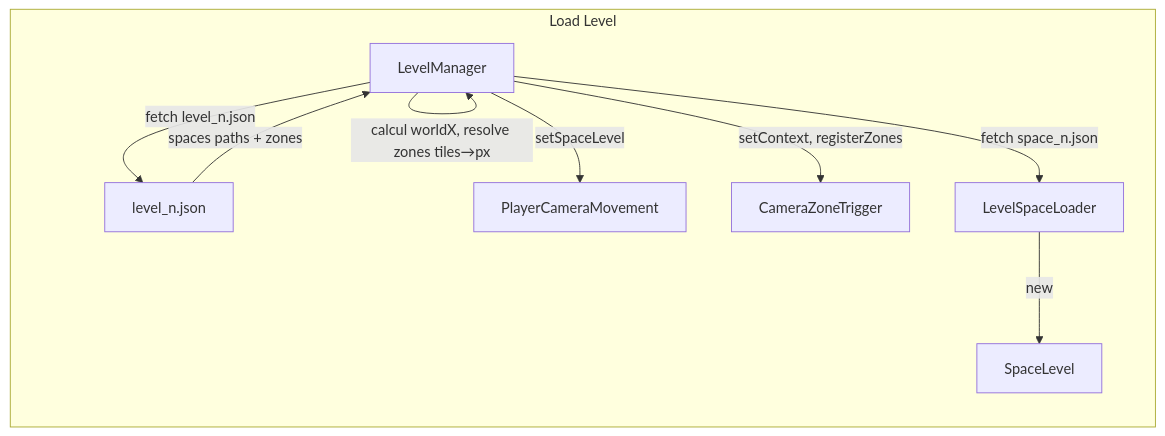
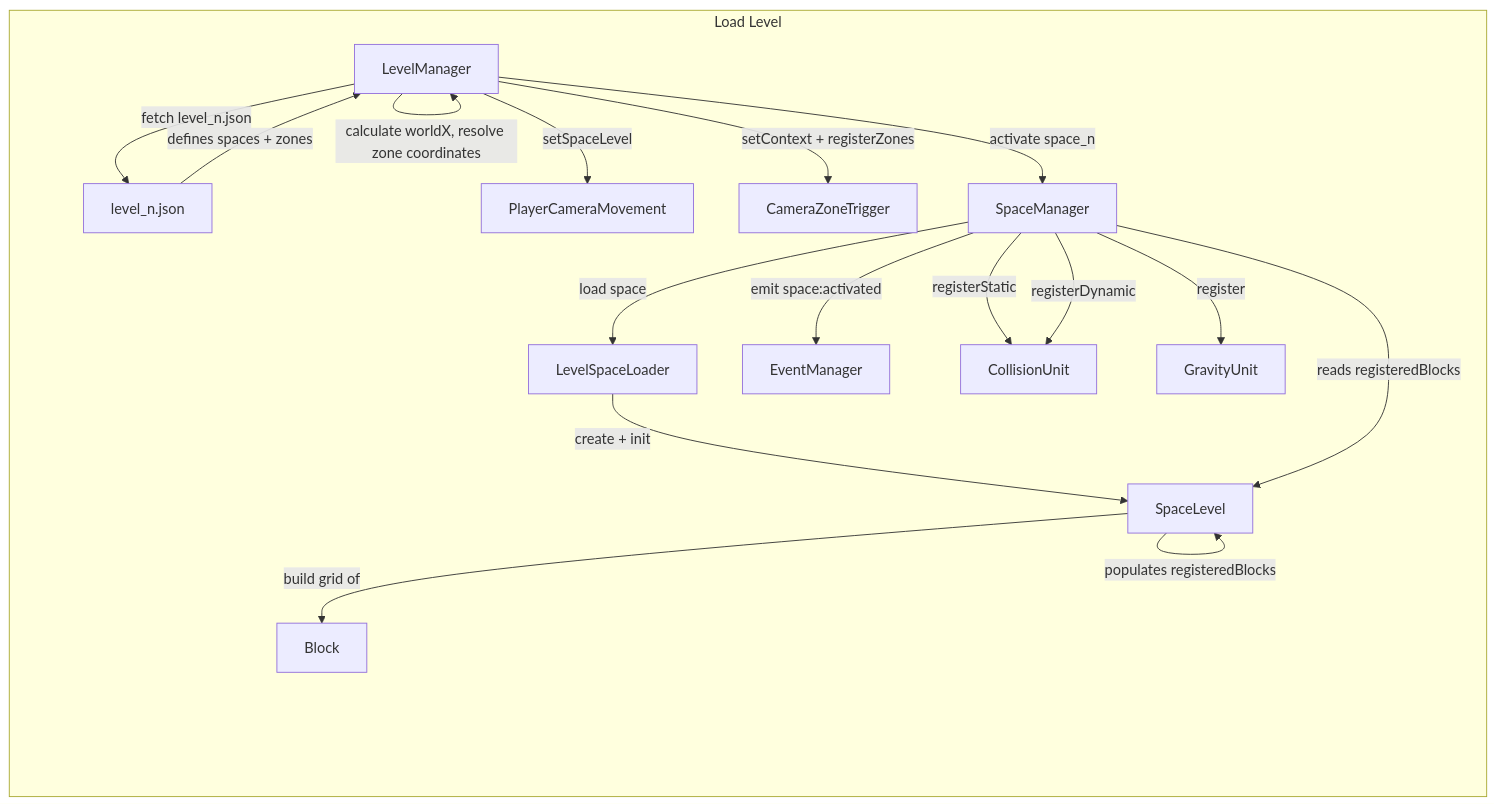
Before and after one commit to Th6uD1nk/simple-platformer: the second of 3 diagrams in README.md, drawn with Mermaid. The commit also changed other lines of this file and 10 other files, not shown here.

Commit message:
add EventManager, GravityUnit, CollisionUnit, refactor SpaceManager to register static/dynamic blocks via registerIn JSON config, update SpaceLevel to populate registeredBlocks on init, update LevelManager/SpaceManager constructors to receive units, register Player as dynamic in main

````diff
--- a/README.md
+++ b/README.md
@@ -24,12 +32,20 @@
 ```mermaid
 graph LR
     subgraph load["Load Level"]
         LM2["LevelManager"] -->|fetch level_n.json| JSON2["level_n.json"]
-        JSON2 -->|spaces paths + zones| LM2
-        LM2 -->|calcul worldX, resolve zones tiles→px| LM2
-        LM2 -->|fetch space_n.json| LSL2["LevelSpaceLoader"]
-        LSL2 -->|new| SL2["SpaceLevel"]
+        JSON2 -->|defines spaces + zones| LM2
+        LM2 -->|calculate worldX, resolve zone coordinates| LM2
+        LM2 -->|activate space_n| SM2["SpaceManager"]
+        SM2 -->|load space| LSL2["LevelSpaceLoader"]
+        LSL2 -->|create + init| SL2["SpaceLevel"]
+        SL2 -->|build grid of| BL2["Block"]
+        SL2 -->|populates registeredBlocks| SL2
+        SM2 -->|reads registeredBlocks| SL2
+        SM2 -->|emit space:activated| EM2["EventManager"]
+        SM2 -->|registerStatic| CU2["CollisionUnit"]
+        SM2 -->|registerDynamic| CU2
+        SM2 -->|register| GU2["GravityUnit"]
         LM2 -->|setSpaceLevel| PCM2["PlayerCameraMovement"]
-        LM2 -->|setContext, registerZones| CZT2["CameraZoneTrigger"]
+        LM2 -->|setContext + registerZones| CZT2["CameraZoneTrigger"]
     end
 ```
````
